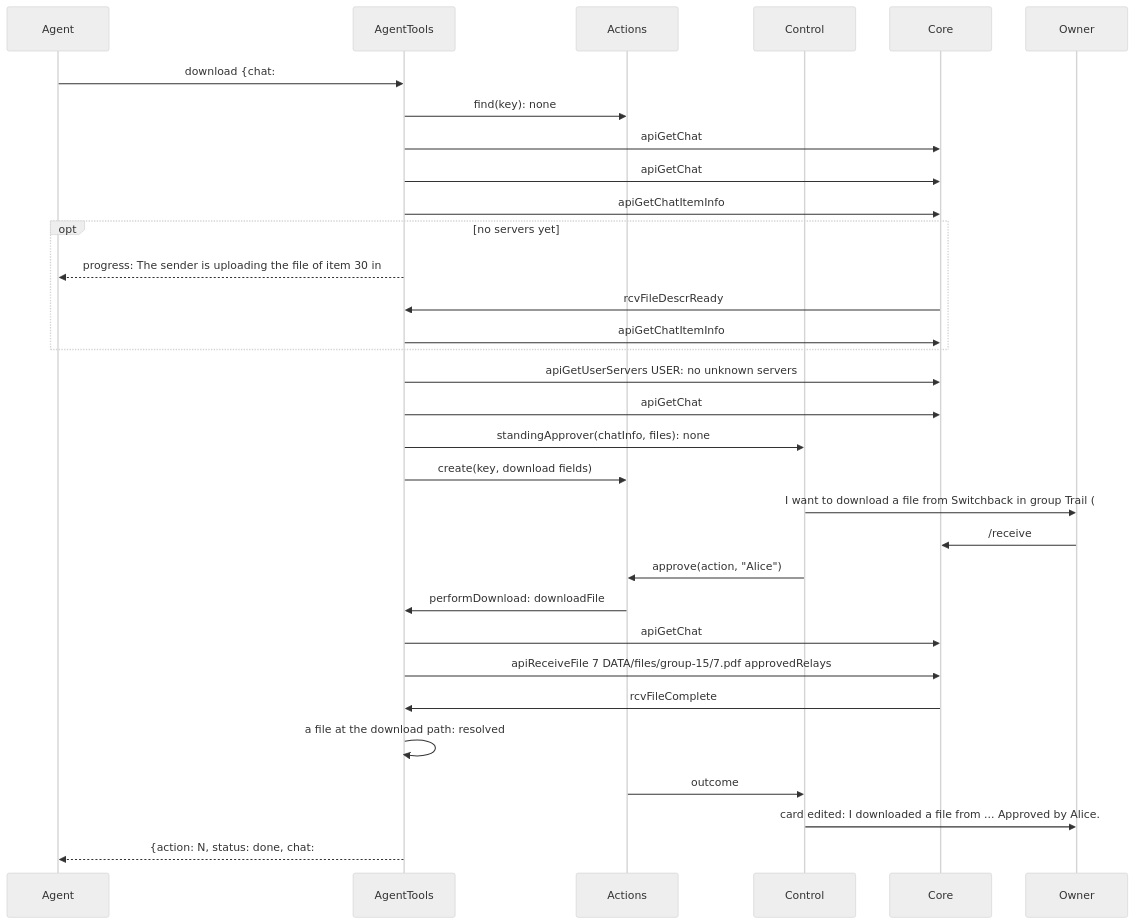
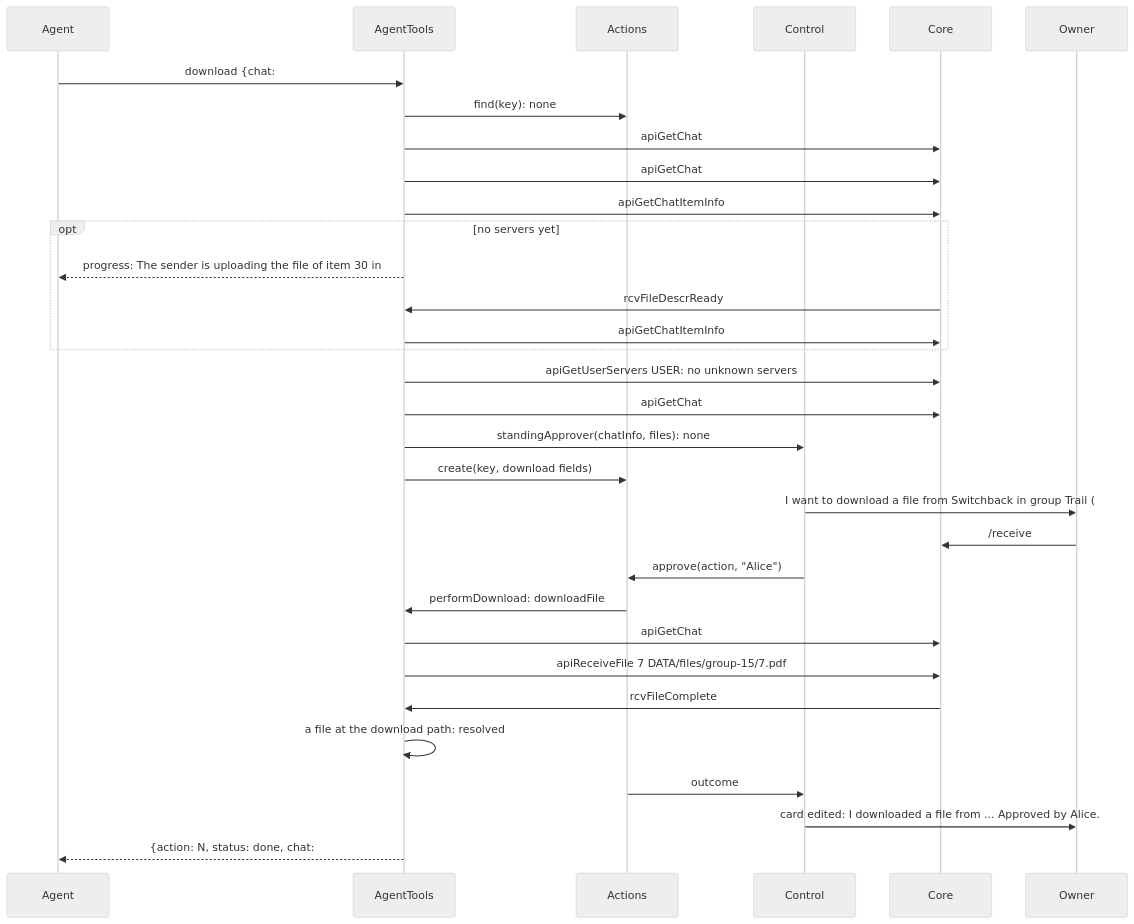
Before and after one commit to simplex-chat/simplex-chat: diagram 13 of 16 in packages/simplex-chat-mcp/spec/flows.md, drawn with Mermaid (neutral theme). The commit also changed other lines of this file and 6 other files, not shown here.

````diff
--- a/packages/simplex-chat-mcp/spec/flows.md
+++ b/packages/simplex-chat-mcp/spec/flows.md
@@ -564,34 +564,34 @@
 ```mermaid
 sequenceDiagram
   participant A as Agent
   participant T as AgentTools
   participant X as Actions
   participant K as Control
   participant C as Core
   participant O as Owner
   A->>T: download {chat: #15, item: 30}
   T->>X: find(key): none
   T->>C: apiGetChat #15 count 0
   T->>C: apiGetChat #15 around 30 count 0
   T->>C: apiGetChatItemInfo #15 30: fileXftpServers
   opt no servers yet
     T-->>A: progress: The sender is uploading the file of item 30 in #15, waiting until TIME.
     C->>T: rcvFileDescrReady
     T->>C: apiGetChatItemInfo #15 30
   end
   T->>C: apiGetUserServers USER: no unknown servers
   T->>C: apiGetChat #15 count 0
   T->>K: standingApprover(chatInfo, files): none
   T->>X: create(key, download fields)
   K->>O: I want to download a file from Switchback in group Trail (#15): `report.pdf`, 2.4 MB, Servers: known. /'receive #15 N', /'receive #15 N all', /'forward #15 N' or /'reject #15 N'
   O->>C: /receive #15 N
   K->>X: approve(action, "Alice")
   X->>T: performDownload: downloadFile
   T->>C: apiGetChat #15 around 30 count 0
-  T->>C: apiReceiveFile 7 DATA/files/group-15/7.pdf approvedRelays
+  T->>C: apiReceiveFile 7 DATA/files/group-15/7.pdf
   C->>T: rcvFileComplete
   T->>T: a file at the download path: resolved
   X->>K: outcome
   K->>O: card edited: I downloaded a file from ... Approved by Alice.
   T-->>A: {action: N, status: done, chat: #15, item: 30, path}
 ```
````
